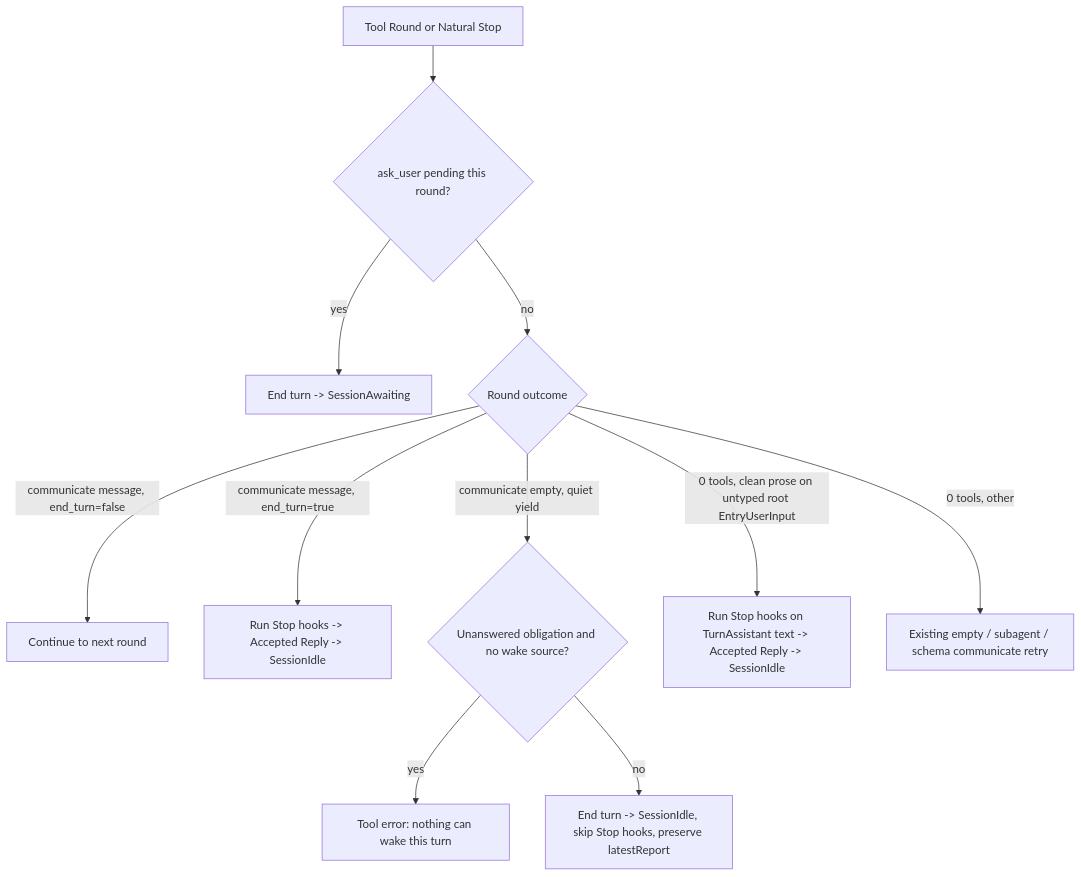
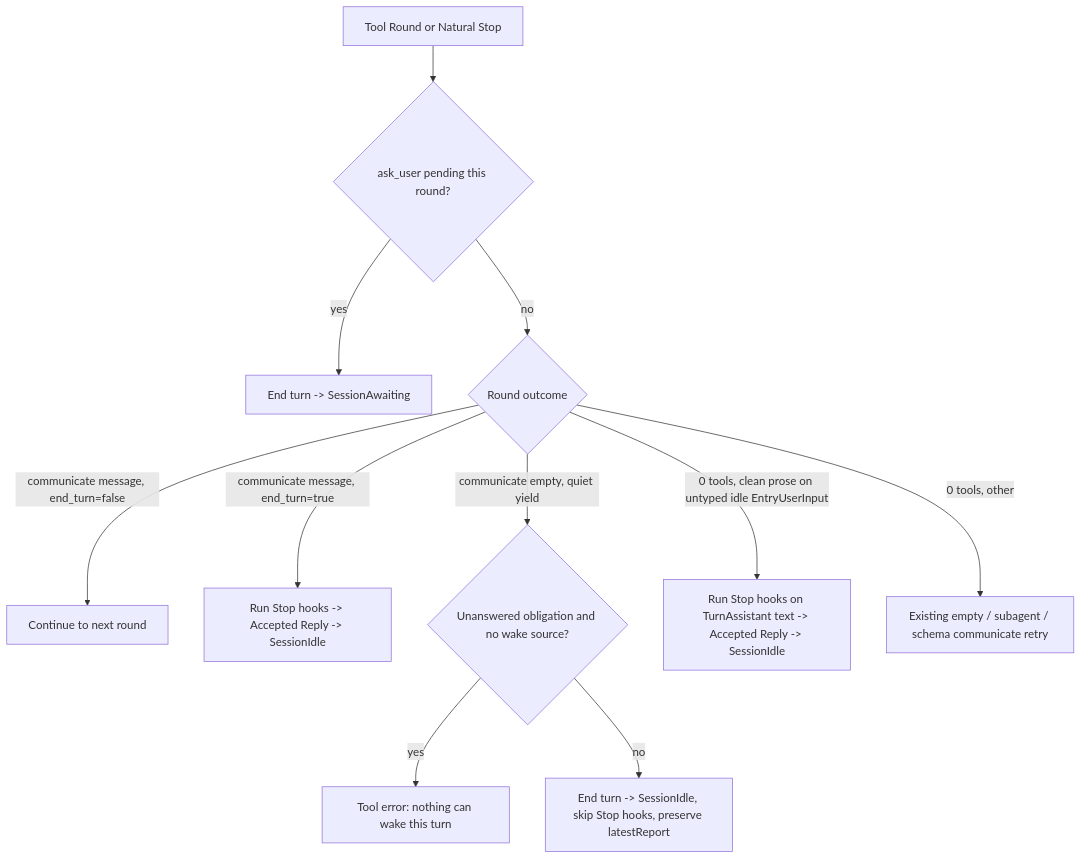
The diagram in docs/superpowers/specs/2026-11-22-communicate-quiet-yield-design.md (prime-radiant-inc/evener), drawn with Mermaid before and after one commit. The commit also changed other lines of this file and 16 other files, not shown here.

First line of the commit message:
fix(agent,tool): accept untyped idle subagent bare-text replies, cap total bare-text retries, and name result tool in breaker nudge

````diff
--- a/docs/superpowers/specs/2026-11-22-communicate-quiet-yield-design.md
+++ b/docs/superpowers/specs/2026-11-22-communicate-quiet-yield-design.md
@@ -132,13 +132,13 @@
 ```mermaid
 flowchart TD
     RoundEnd[Tool Round or Natural Stop] --> Ask{ask_user pending this round?}
     Ask -->|yes| Await[End turn -> SessionAwaiting]
     Ask -->|no| CommKind{Round outcome}
     CommKind -->|communicate message, end_turn=false| NextRound[Continue to next round]
     CommKind -->|communicate message, end_turn=true| FinalReply[Run Stop hooks -> Accepted Reply -> SessionIdle]
     CommKind -->|communicate empty, quiet yield| QuietGate{Unanswered obligation and no wake source?}
     QuietGate -->|yes| RefuseQuiet[Tool error: nothing can wake this turn]
     QuietGate -->|no| QuietIdle[End turn -> SessionIdle, skip Stop hooks, preserve latestReport]
-    CommKind -->|0 tools, clean prose on untyped root EntryUserInput| FallbackReply[Run Stop hooks on TurnAssistant text -> Accepted Reply -> SessionIdle]
+    CommKind -->|0 tools, clean prose on untyped idle EntryUserInput| FallbackReply[Run Stop hooks on TurnAssistant text -> Accepted Reply -> SessionIdle]
     CommKind -->|0 tools, other| RetryOrEmpty[Existing empty / subagent / schema communicate retry]
 ```
````
